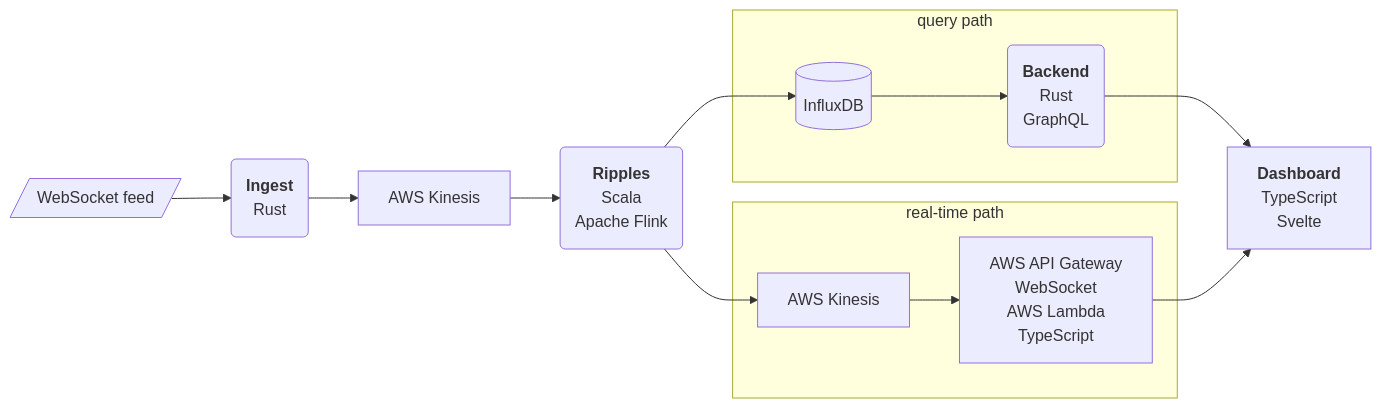
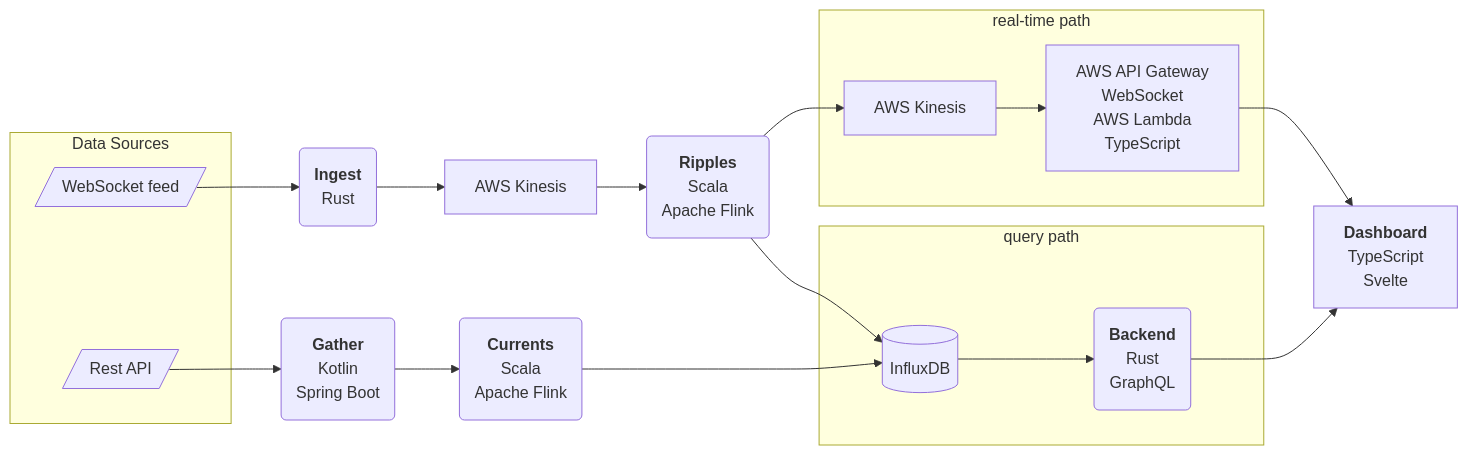
One commit to anzo-p/stream-lines changed the diagram in readme.md. Above: the diagram before and after it, drawn with Mermaid. The commit also changed other lines of this file, not shown here.

Commit message:
stream lines - update readme

````diff
--- a/readme.md
+++ b/readme.md
@@ -5,37 +5,53 @@
 ```mermaid
 %%{init: {"flowchart": {"htmlLabels": false}} }%%
 flowchart LR
-  alpaca[/"WebSocket feed"/]
+  alpacaWs[/"WebSocket feed"/]
+  alpacaRest[/"Rest API"/]
   ingest("`**Ingest**
   Rust`")
+  gather("`**Gather**
+  Kotlin
+  Spring Boot`")
   influxdb[(InfluxDB)]
   kinesisUpstream["AWS Kinesis"]
   kinesisDownstream["AWS Kinesis"]
   ripples("`**Ripples**
+  Scala
+  Apache Flink`")
+  currents("`**Currents**
   Scala
   Apache Flink`")
   backend("`**Backend**
   Rust
   GraphQL`")
   apigateway["AWS API Gateway
   WebSocket
   AWS Lambda
   TypeScript"]
   dashboard["`**Dashboard**
   TypeScript
   Svelte`"]
 
-  alpaca --> ingest
+  subgraph "Data Sources"
+    alpacaWs
+    alpacaRest  
+  end
+  alpacaWs --> ingest
   ingest --> kinesisUpstream
   kinesisUpstream --> ripples
-    ripples --> influxdb
+  ripples --> influxdb
   subgraph "query path"
     influxdb --> backend
   end
-    backend --> dashboard
-  ripples --> kinesisDownstream
   subgraph "real-time path"
     kinesisDownstream --> apigateway
-  end
+  end  
+  backend --> dashboard
+  ripples --> kinesisDownstream
   apigateway --> dashboard
+
+  alpacaRest --> gather
+  gather --> currents
+  currents --> influxdb
+
 ```
````
